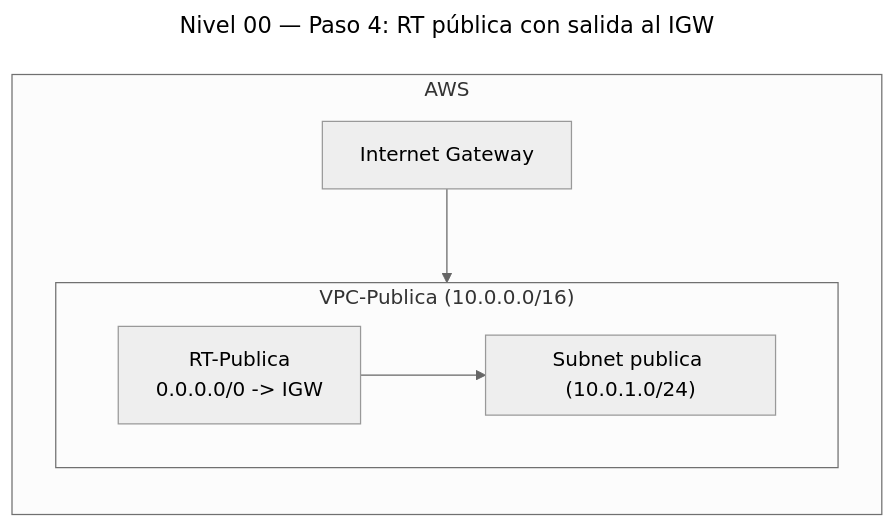
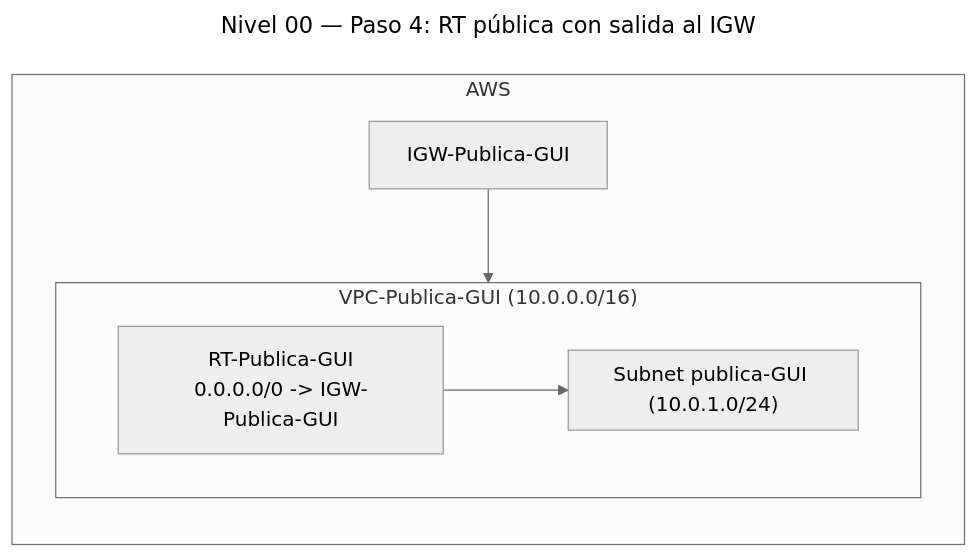
One commit to Marcos-SA-git/AWS-Certifications changed the fifth of 8 diagrams in SAA-C03/es/Prácticas/🥉Fácil/Nivel-00.md. Above: the diagram before and after it, drawn with Mermaid (neutral theme). The commit also changed other lines of this file, not shown here.

Commit message:
Better differentiation GUI-CLI

````diff
--- a/SAA-C03/es/Prácticas/🥉Fácil/Nivel-00.md
+++ b/SAA-C03/es/Prácticas/🥉Fácil/Nivel-00.md
@@ -140,16 +140,16 @@
 ```mermaid
 ---
 title: "Nivel 00 — Paso 4: RT pública con salida al IGW"
 ---
 graph BT
 subgraph AWS[AWS]
-  IGW[Internet Gateway]
-  subgraph VPC["VPC-Publica (10.0.0.0/16)"]
-    RT[RT-Publica<br>0.0.0.0/0 -> IGW]
-    subgraph SUB["Subnet publica (10.0.1.0/24)"]
+  IGW[IGW-Publica-GUI]
+  subgraph VPC["VPC-Publica-GUI (10.0.0.0/16)"]
+    RT[RT-Publica-GUI<br>0.0.0.0/0 -> IGW-Publica-GUI]
+    subgraph SUB["Subnet publica-GUI (10.0.1.0/24)"]
     end
   end
 end
 IGW --> VPC
 RT --> SUB
 ```
````
